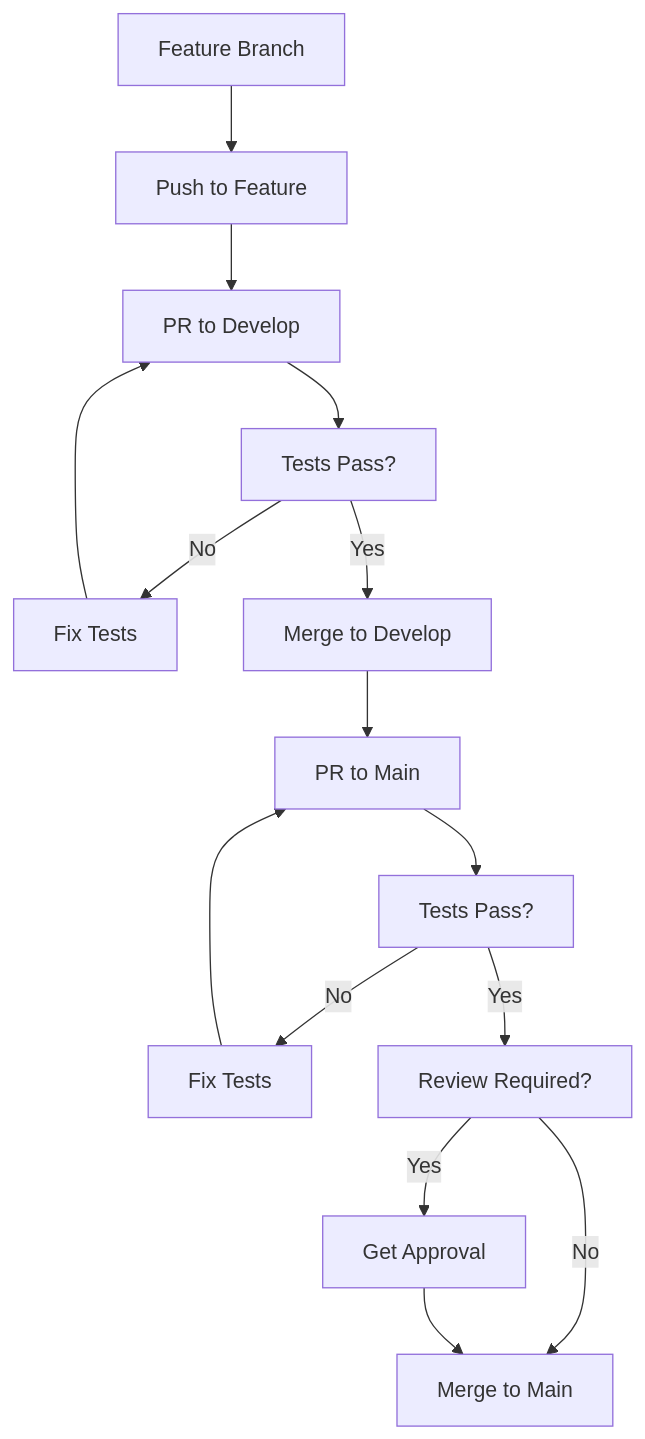
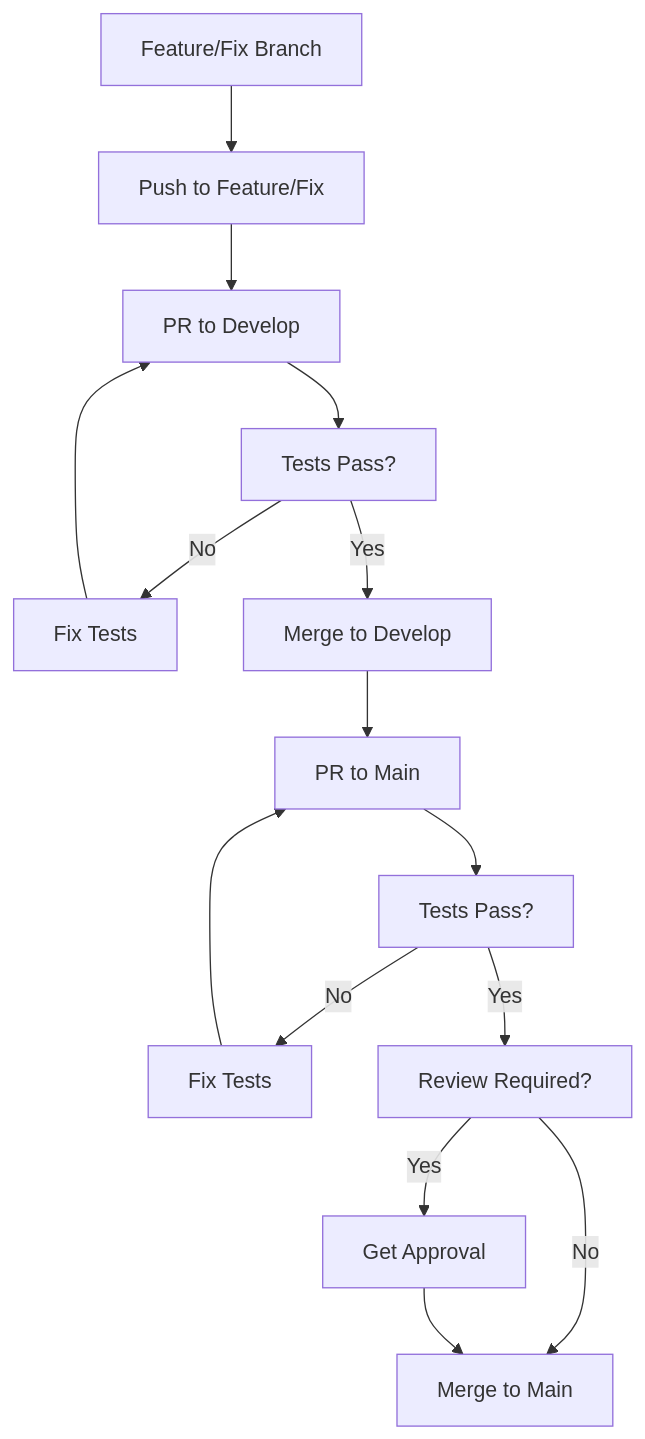
Before and after one commit to ljofreflor/hyblock-capital-sdk: the diagram in .github/BRANCH_PROTECTION.md, drawn with Mermaid. The commit also changed other lines of this file and 1 other file, not shown here.

First line of the commit message:
feat: enforce strict branch policy - no direct pushes to develop

````diff
--- a/.github/BRANCH_PROTECTION.md
+++ b/.github/BRANCH_PROTECTION.md
@@ -145,17 +163,17 @@
 ```mermaid
 graph TD
-    A[Feature Branch] --> B[Push to Feature]
+    A[Feature/Fix Branch] --> B[Push to Feature/Fix]
     B --> C[PR to Develop]
     C --> D[Tests Pass?]
     D -->|No| E[Fix Tests]
     E --> C
     D -->|Yes| F[Merge to Develop]
     F --> G[PR to Main]
     G --> H[Tests Pass?]
     H -->|No| I[Fix Tests]
     I --> G
     H -->|Yes| J[Review Required?]
     J -->|No| K[Merge to Main]
     J -->|Yes| L[Get Approval]
     L --> K
 ```
````
